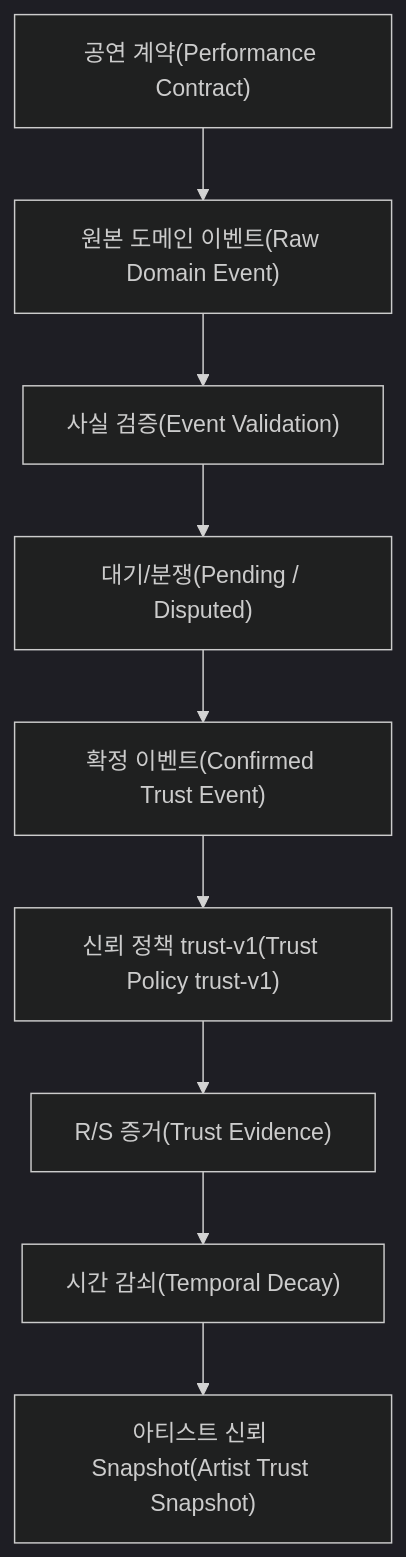
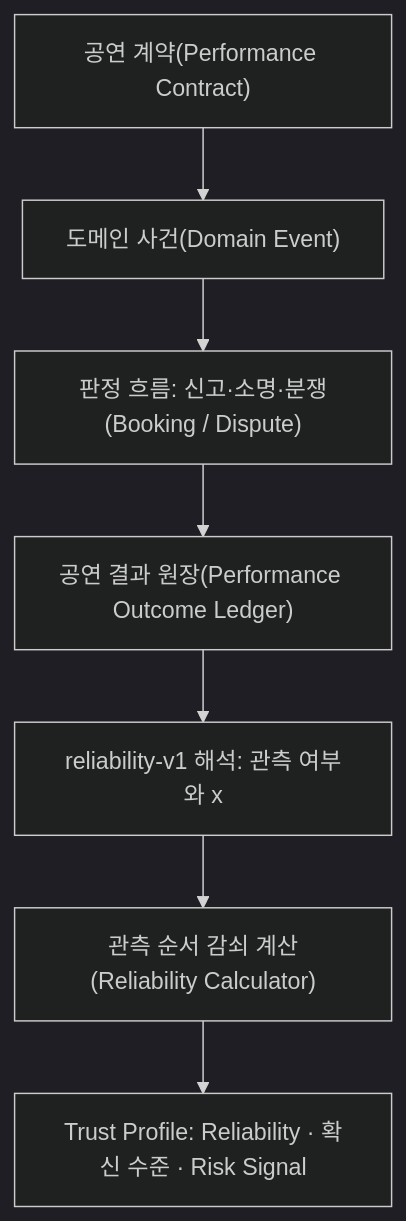
Before and after one commit to nsuCapstoneTeam/NSU_CAPSTONE: the third of 4 diagrams in docs/adr/artist_trust_architecture/05_trust_event_catalog.md, drawn with Mermaid (dark theme). The commit also changed other lines of this file and 13 other files, not shown here.

First line of the commit message:
Docs: [NSU-20] Artist Reliability 설계 개정(reliability-v1)과 SSOT v1.4 반영 (#83)

````diff
--- a/docs/adr/artist_trust_architecture/05_trust_event_catalog.md
+++ b/docs/adr/artist_trust_architecture/05_trust_event_catalog.md
@@ -311,12 +290,10 @@
 ```mermaid
 flowchart TD
     Contract["공연 계약(Performance Contract)"]
-    Contract --> Raw["원본 도메인 이벤트(Raw Domain Event)"]
-    Raw --> Validate["사실 검증(Event Validation)"]
-    Validate --> Pending["대기/분쟁(Pending / Disputed)"]
-    Pending --> Confirm["확정 이벤트(Confirmed Trust Event)"]
-    Confirm --> Policy["신뢰 정책 trust-v1(Trust Policy trust-v1)"]
-    Policy --> Evidence["R/S 증거(Trust Evidence)"]
-    Evidence --> Decay["시간 감쇠(Temporal Decay)"]
-    Decay --> Snapshot["아티스트 신뢰 Snapshot(Artist Trust Snapshot)"]
+    Contract --> Domain["도메인 사건(Domain Event)"]
+    Domain --> Judge["판정 흐름: 신고·소명·분쟁(Booking / Dispute)"]
+    Judge --> Ledger["공연 결과 원장(Performance Outcome Ledger)"]
+    Ledger --> Policy["reliability-v1 해석: 관측 여부와 x"]
+    Policy --> Calc["관측 순서 감쇠 계산(Reliability Calculator)"]
+    Calc --> Profile["Trust Profile: Reliability · 확신 수준 · Risk Signal"]
 ```
````
